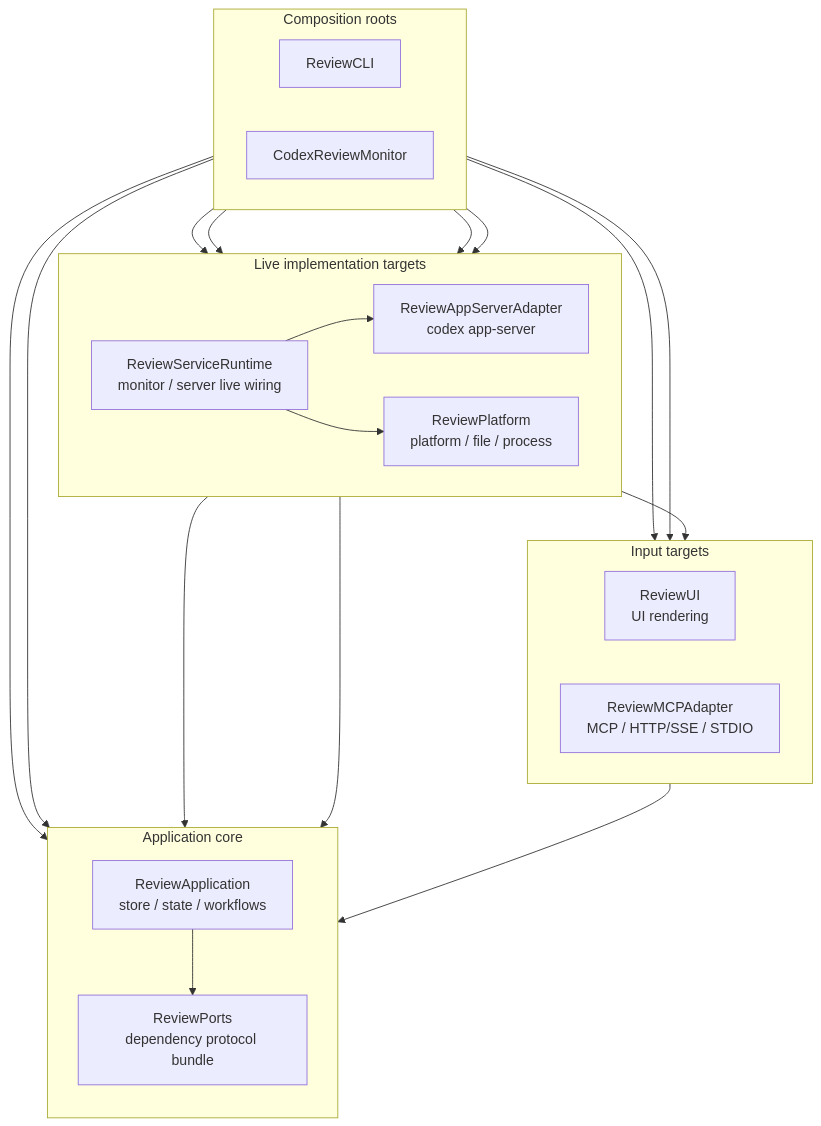
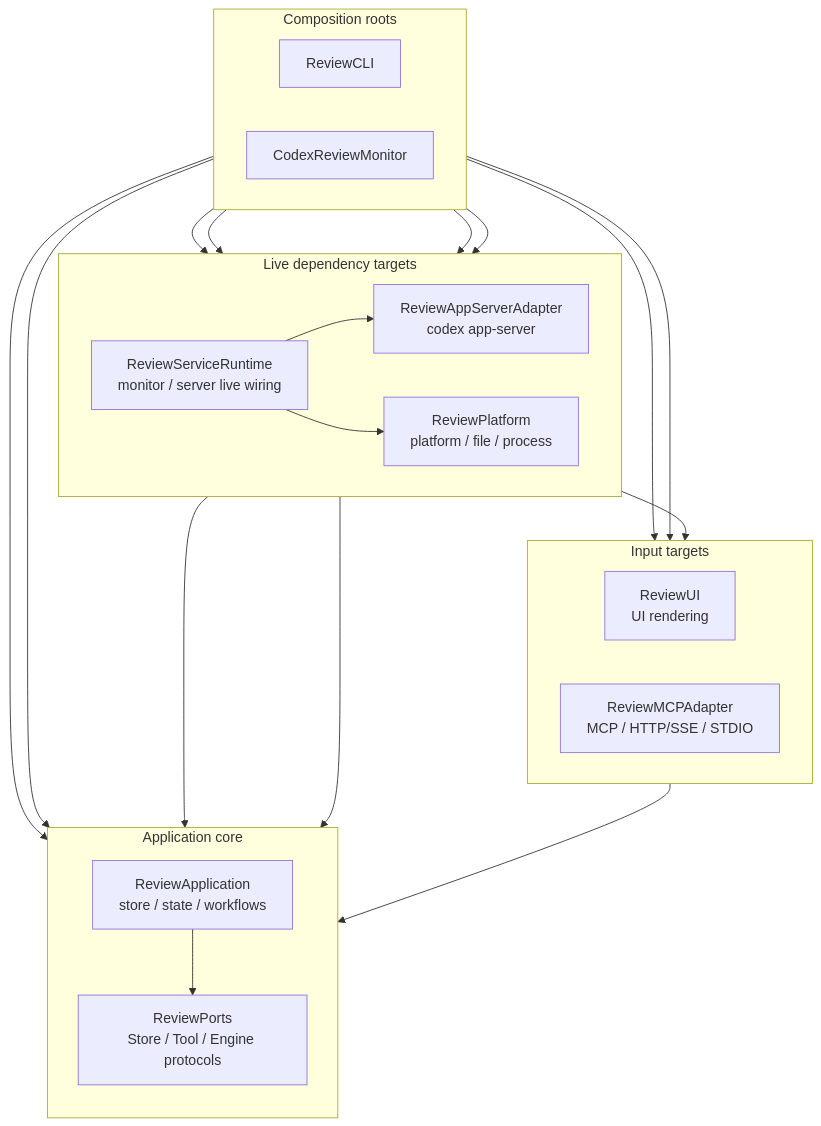
Before and after one commit to lynnswap/CodexReviewMCP: the fifth of 8 diagrams in Docs/architecture-overview.md, drawn with Mermaid. The commit also changed other lines of this file and 8 other files, not shown here.

Commit message:
refactor(ports): add review store and tool protocols

````diff
--- a/Docs/architecture-overview.md
+++ b/Docs/architecture-overview.md
@@ -210,46 +203,46 @@
 ```mermaid
 flowchart TB
     subgraph Inputs["Input targets"]
         direction LR
         ReviewUI["ReviewUI<br/>UI rendering"]
         ReviewMCPAdapter["ReviewMCPAdapter<br/>MCP / HTTP/SSE / STDIO"]
     end
 
     subgraph AppCore["Application core"]
         direction TB
         ReviewApplication["ReviewApplication<br/>store / state / workflows"]
-        ReviewPorts["ReviewPorts<br/>dependency protocol bundle"]
+        ReviewPorts["ReviewPorts<br/>Store / Tool / Engine protocols"]
         ReviewApplication --> ReviewPorts
     end
 
-    subgraph Live["Live implementation targets"]
+    subgraph Live["Live dependency targets"]
         direction LR
         ReviewAppServerAdapter["ReviewAppServerAdapter<br/>codex app-server"]
         ReviewPlatform["ReviewPlatform<br/>platform / file / process"]
         ReviewServiceRuntime["ReviewServiceRuntime<br/>monitor / server live wiring"]
     end
 
     subgraph Roots["Composition roots"]
         direction LR
         ReviewCLI["ReviewCLI"]
         CodexReviewMonitor["CodexReviewMonitor"]
     end
 
     ReviewUI --> ReviewApplication
 
     ReviewAppServerAdapter --> ReviewPorts
     ReviewServiceRuntime --> ReviewApplication
     ReviewServiceRuntime --> ReviewMCPAdapter
     ReviewServiceRuntime --> ReviewAppServerAdapter
     ReviewServiceRuntime --> ReviewPlatform
 
     ReviewCLI --> ReviewMCPAdapter
     ReviewCLI --> ReviewApplication
     ReviewCLI --> ReviewServiceRuntime
     ReviewCLI --> ReviewAppServerAdapter
     ReviewCLI --> ReviewPlatform
 
     CodexReviewMonitor --> ReviewUI
     CodexReviewMonitor --> ReviewApplication
     CodexReviewMonitor --> ReviewServiceRuntime
 ```
````
